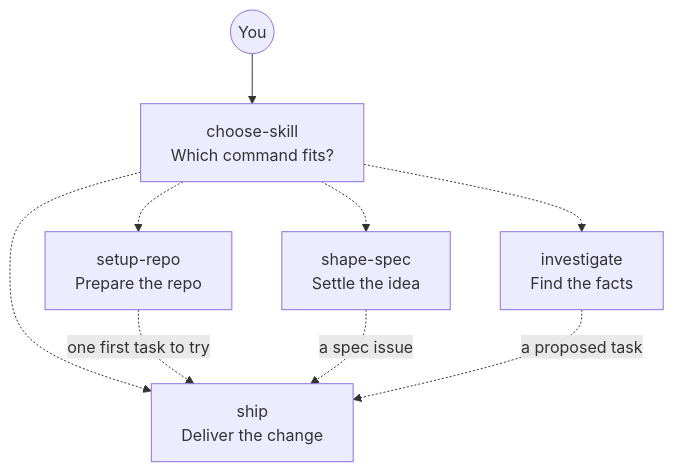
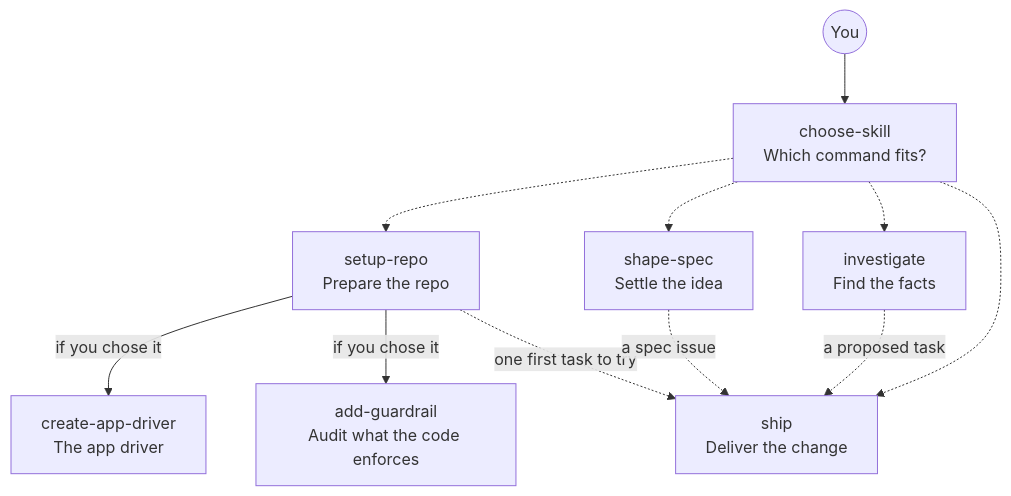
One commit to Ilian-Allaf/skillstack changed the second of 9 diagrams in skills/README.md. Above: the diagram before and after it, drawn with Mermaid. The commit also changed other lines of this file, not shown here.

Commit message:
Show the skills setup-repo runs itself in the entry map

````diff
--- a/skills/README.md
+++ b/skills/README.md
@@ -46,18 +46,22 @@
 ```mermaid
 flowchart TB
   you(("You"))
   choose["choose-skill<br/>Which command fits?"]
   setup["setup-repo<br/>Prepare the repo"]
   shape["shape-spec<br/>Settle the idea"]
   investigate["investigate<br/>Find the facts"]
   ship["ship<br/>Deliver the change"]
+  setupdriver["create-app-driver<br/>The app driver"]
+  setupaudit["add-guardrail<br/>Audit what the code enforces"]
 
   you --> choose
+  setup -->|if you chose it| setupdriver
+  setup -->|if you chose it| setupaudit
   choose -.-> setup
   choose -.-> shape
   choose -.-> investigate
   choose -.-> ship
   setup -.->|one first task to try| ship
   shape -.->|a spec issue| ship
   investigate -.->|a proposed task| ship
 ```
````
